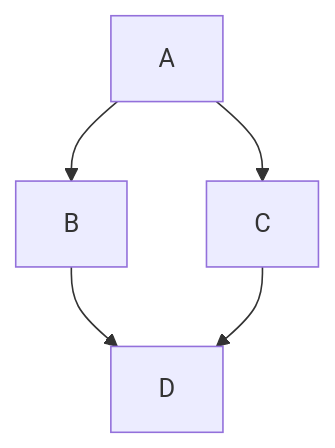
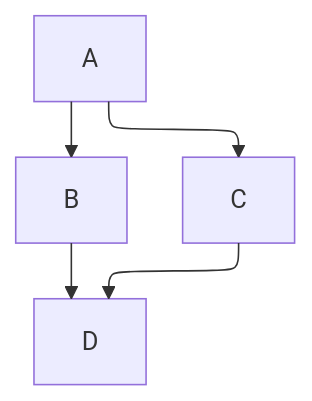
Before and after one commit to kavsingh/tsblank: the diagram in README.md, drawn with Mermaid.

Commit message:
back to elk but makes no diff

````diff
--- a/README.md
+++ b/README.md
@@ -23,11 +23,11 @@
 ```mermaid
 ---
 config:
-  layout: dagre
+  layout: elk
 ---
 graph TD;
    A-->B;
    A-->C;
    B-->D;
    C-->D;
 ```
````
